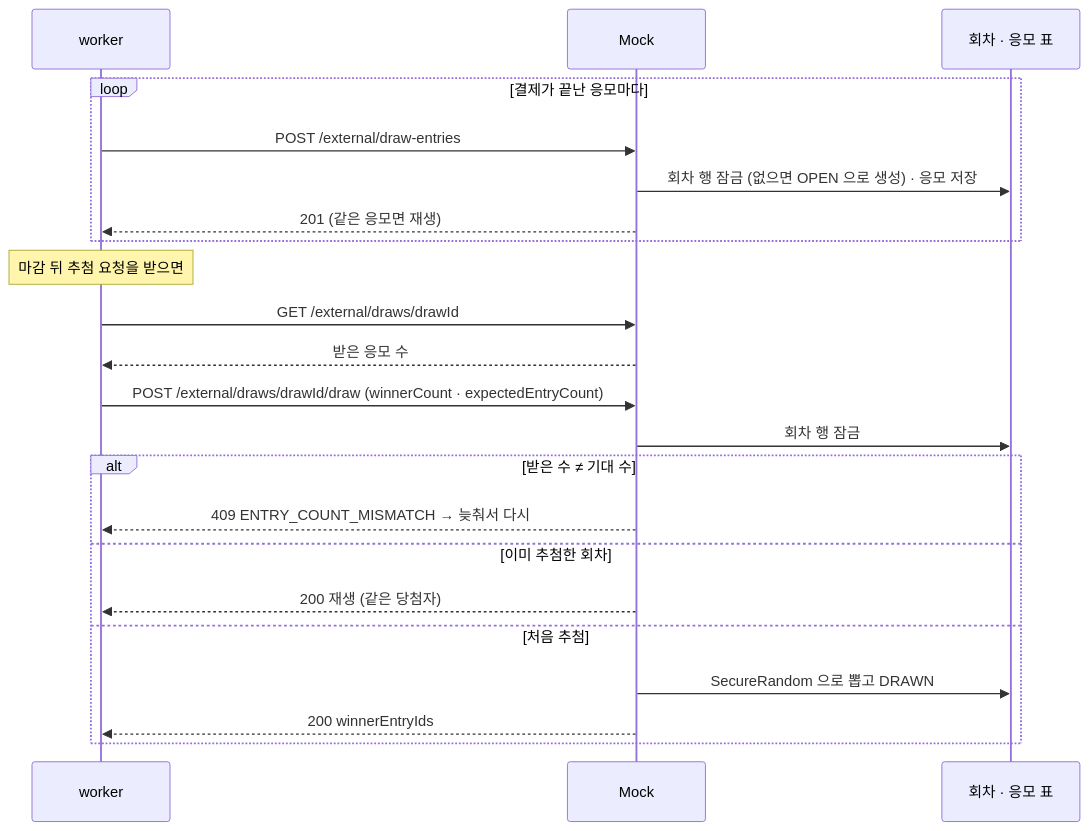
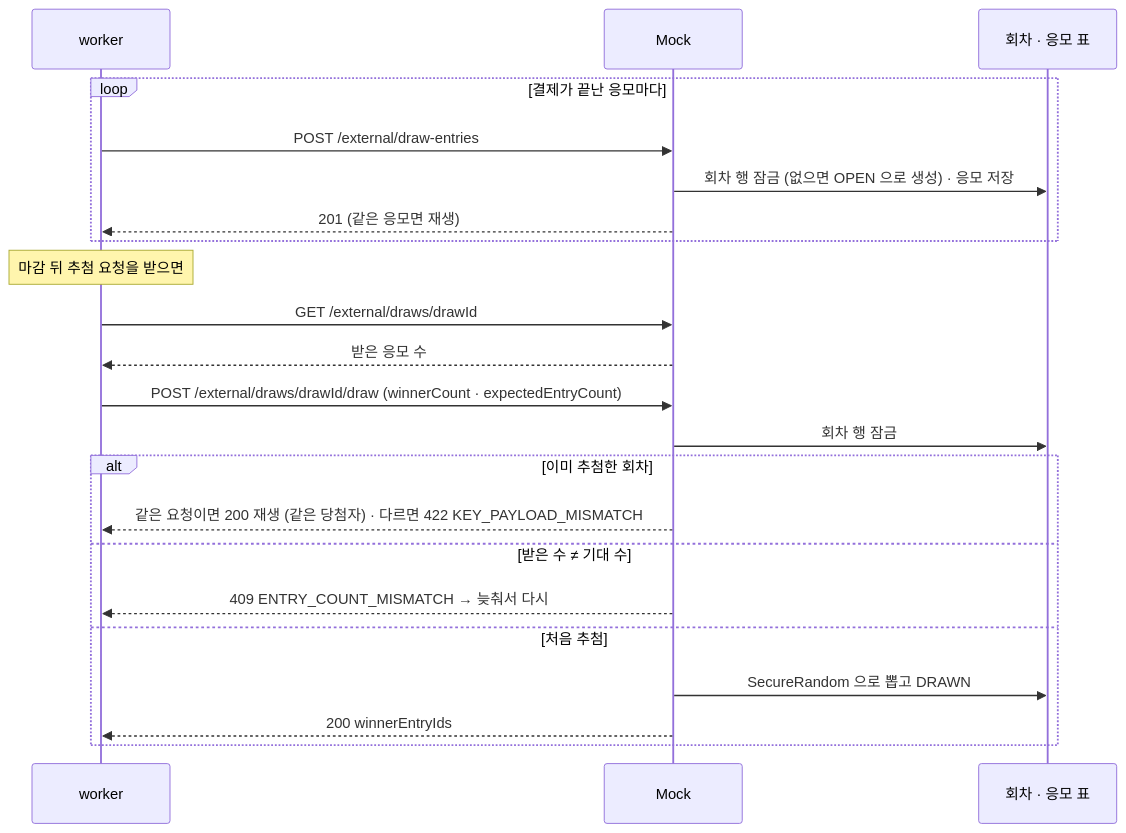
The fourth of 5 diagrams in README.md (Grandis-2/mock), drawn with Mermaid before and after one commit. The commit also changed other lines of this file and 2 other files, not shown here.

Commit message:
docs(NV-662): 리뷰 반영 — 럭키드로우 그림 판정 순서 · 운영 대수 평소 1대

````diff
--- a/README.md
+++ b/README.md
@@ -204,26 +204,26 @@
 ```mermaid
 sequenceDiagram
     participant W as worker
     participant M as Mock
     participant D as 회차 · 응모 표
 
     loop 결제가 끝난 응모마다
         W->>M: POST /external/draw-entries
         M->>D: 회차 행 잠금 (없으면 OPEN 으로 생성) · 응모 저장
         M-->>W: 201 (같은 응모면 재생)
     end
 
     Note over W: 마감 뒤 추첨 요청을 받으면
     W->>M: GET /external/draws/drawId
     M-->>W: 받은 응모 수
     W->>M: POST /external/draws/drawId/draw (winnerCount · expectedEntryCount)
     M->>D: 회차 행 잠금
-    alt 받은 수 ≠ 기대 수
+    alt 이미 추첨한 회차
+        M-->>W: 같은 요청이면 200 재생 (같은 당첨자) · 다르면 422 KEY_PAYLOAD_MISMATCH
+    else 받은 수 ≠ 기대 수
         M-->>W: 409 ENTRY_COUNT_MISMATCH → 늦춰서 다시
-    else 이미 추첨한 회차
-        M-->>W: 200 재생 (같은 당첨자)
     else 처음 추첨
         M->>D: SecureRandom 으로 뽑고 DRAWN
         M-->>W: 200 winnerEntryIds
     end
 ```
````
